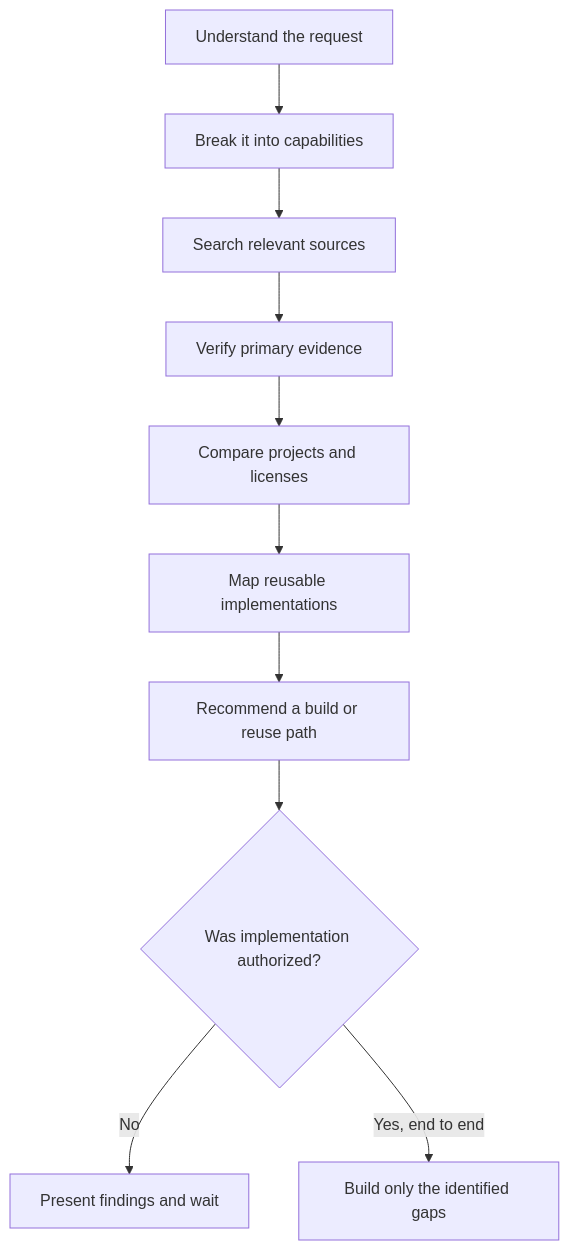
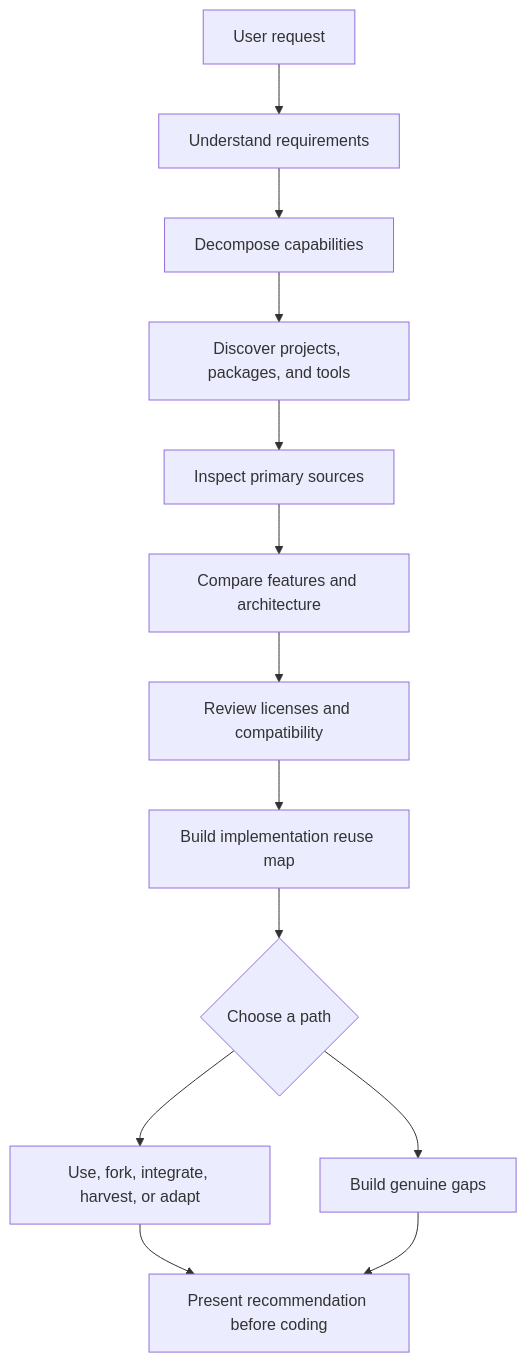
Before and after one commit to goravgumber/reuse-atlas: the diagram in README.md, drawn with Mermaid. The commit also changed other lines of this file and 2 other files, not shown here.

````diff
--- a/README.md
+++ b/README.md
@@ -13,12 +36,15 @@
 ```mermaid
 flowchart TD
-    A[Understand the request] --> B[Break it into capabilities]
-    B --> C[Search relevant sources]
-    C --> D[Verify primary evidence]
-    D --> E[Compare projects and licenses]
-    E --> F[Map reusable implementations]
-    F --> G[Recommend a build or reuse path]
-    G --> H{Was implementation authorized?}
-    H -- No --> I[Present findings and wait]
-    H -- Yes, end to end --> J[Build only the identified gaps]
+    A[User request] --> B[Understand requirements]
+    B --> C[Decompose capabilities]
+    C --> D[Discover projects, packages, and tools]
+    D --> E[Inspect primary sources]
+    E --> F[Compare features and architecture]
+    F --> G[Review licenses and compatibility]
+    G --> H[Build implementation reuse map]
+    H --> I{Choose a path}
+    I --> J[Use, fork, integrate, harvest, or adapt]
+    I --> K[Build genuine gaps]
+    J --> L[Present recommendation before coding]
+    K --> L
 ```
````
